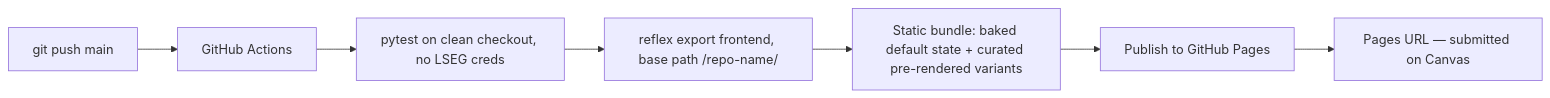
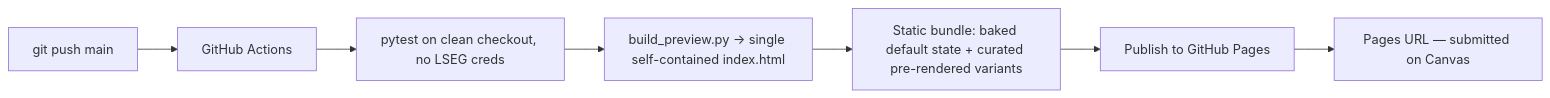
The seventh of 7 diagrams in docs/SYSTEM-SPEC.md (Jason-Dorman/options-surface-lab), drawn with Mermaid before and after one commit. The commit also changed other lines of this file and 13 other files, not shown here.

````diff
--- a/docs/SYSTEM-SPEC.md
+++ b/docs/SYSTEM-SPEC.md
@@ -482,9 +483,9 @@
 ```mermaid
 flowchart LR
     push["git push main"] --> ci["GitHub Actions"]
     ci --> test["pytest on clean checkout, no LSEG creds"]
-    test --> export["reflex export frontend, base path /repo-name/"]
+    test --> export["build_preview.py → single self-contained index.html"]
     export --> bundle["Static bundle: baked default state + curated pre-rendered variants"]
     bundle --> deploy["Publish to GitHub Pages"]
     deploy --> url["Pages URL — submitted on Canvas"]
 ```
````
